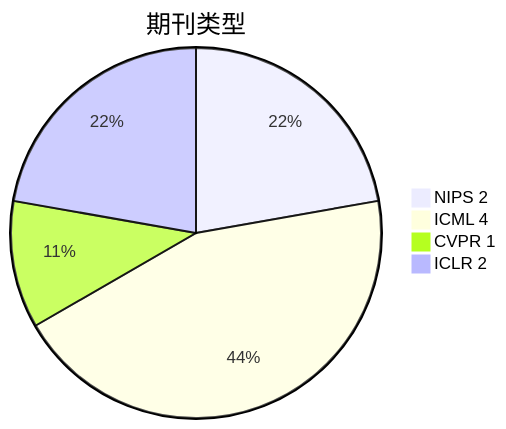
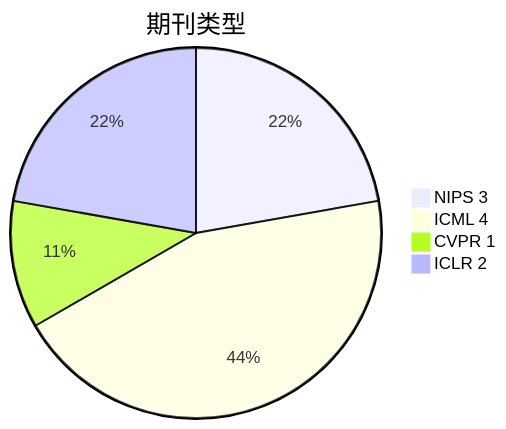
The second of 6 diagrams in Base_Model/VLM+VLLM/analyse.md (Elephant-King9/Paper), drawn with Mermaid before and after one commit. The commit also changed other lines of this file and 5 other files, not shown here.

````diff
--- a/Base_Model/VLM+VLLM/analyse.md
+++ b/Base_Model/VLM+VLLM/analyse.md
@@ -37,7 +37,7 @@
 ```mermaid
 pie title 期刊类型
-		"NIPS 2" : 2
+		"NIPS 3" : 2
 		"ICML 4" : 4
 		"CVPR 1" : 1
 		"ICLR 2" : 2
 ```
````
